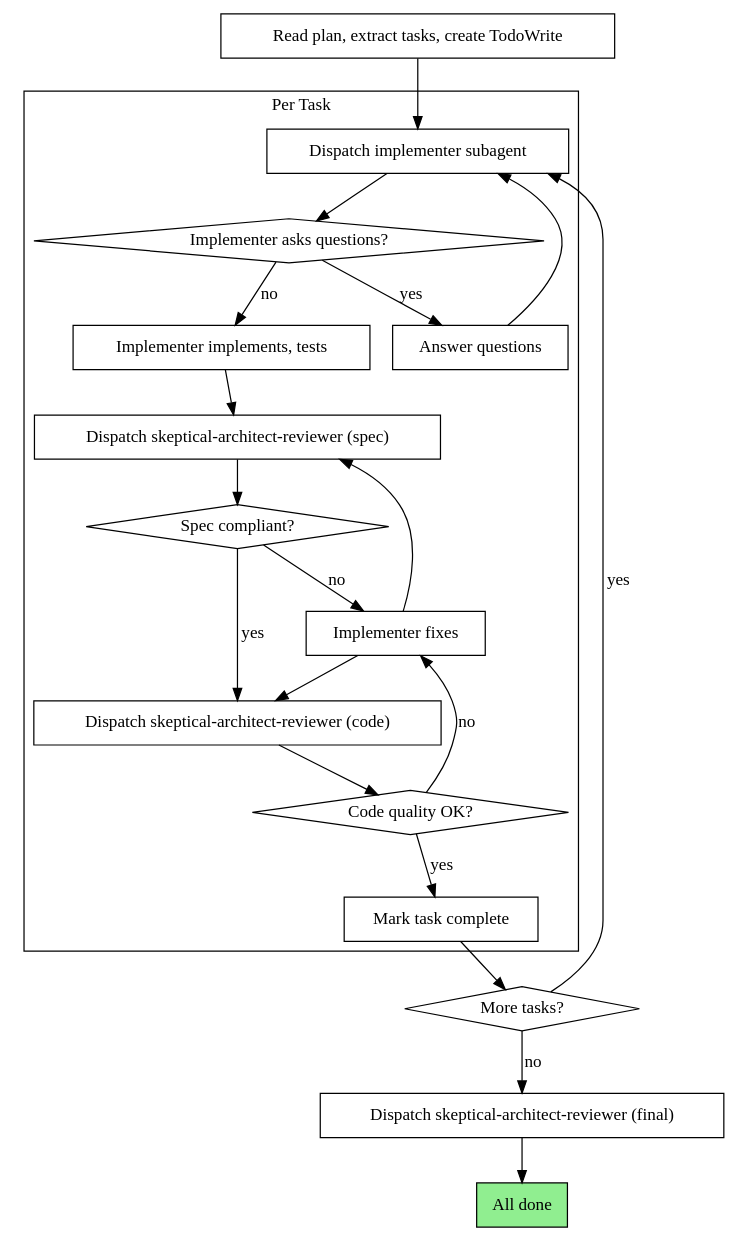
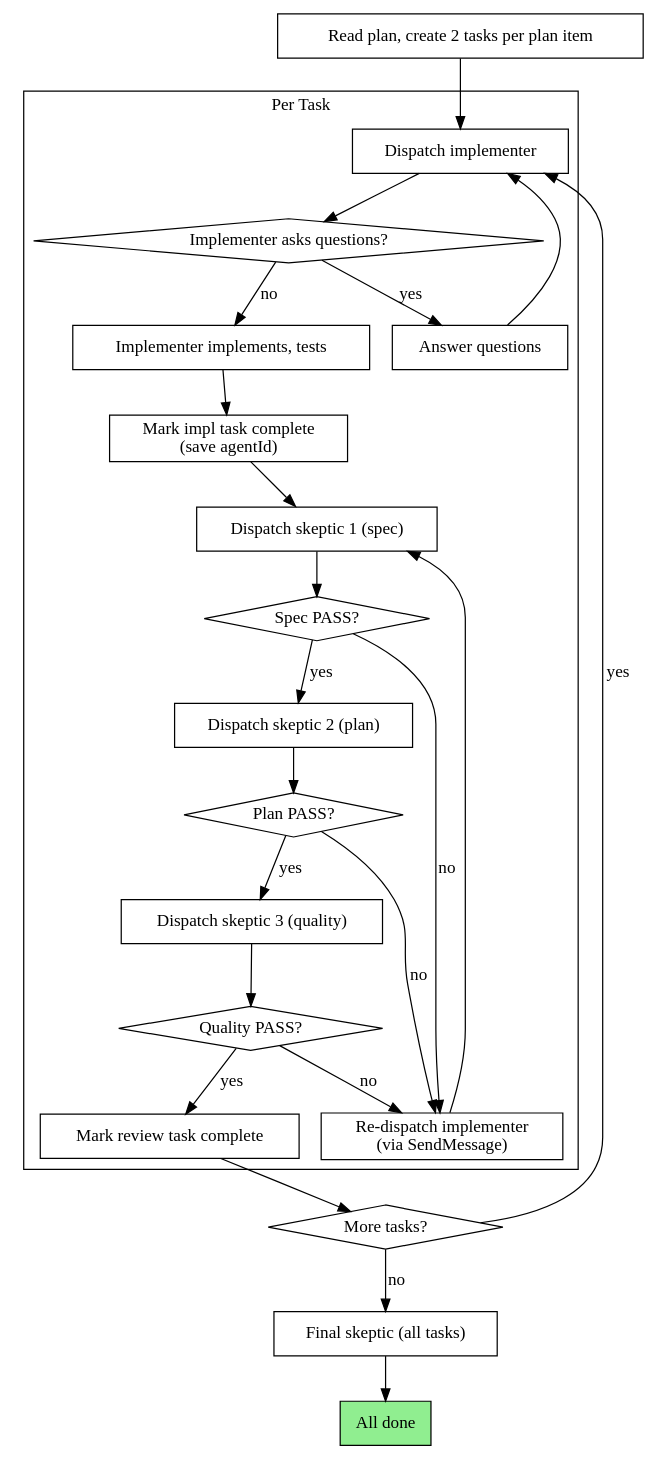
One commit to Sairef/superpowers changed the second of 2 diagrams in skills/subagent-driven-development/SKILL.md. Above: the diagram before and after it, drawn with Graphviz. The commit also changed other lines of this file and 2 other files, not shown here.

Commit message:
Bump plugin version to 5.0.16 and enhance subagent-driven-development SKILL with detailed task creation and review processes for improved clarity and compliance

````diff
--- a/skills/subagent-driven-development/SKILL.md
+++ b/skills/subagent-driven-development/SKILL.md
@@ -36,43 +85,56 @@
 ```dot
 digraph process {
     rankdir=TB;
 
     subgraph cluster_per_task {
         label="Per Task";
-        "Dispatch implementer subagent" [shape=box];
+        "Dispatch implementer" [shape=box];
         "Implementer asks questions?" [shape=diamond];
         "Answer questions" [shape=box];
         "Implementer implements, tests" [shape=box];
-        "Dispatch skeptical-architect-reviewer (spec)" [shape=box];
-        "Spec compliant?" [shape=diamond];
-        "Implementer fixes" [shape=box];
-        "Dispatch skeptical-architect-reviewer (code)" [shape=box];
-        "Code quality OK?" [shape=diamond];
-        "Mark task complete" [shape=box];
+        "Mark impl task complete\n(save agentId)" [shape=box];
+
+        "Dispatch skeptic 1 (spec)" [shape=box];
+        "Spec PASS?" [shape=diamond];
+        "Dispatch skeptic 2 (plan)" [shape=box];
+        "Plan PASS?" [shape=diamond];
+        "Dispatch skeptic 3 (quality)" [shape=box];
+        "Quality PASS?" [shape=diamond];
+
+        "Re-dispatch implementer\n(via SendMessage)" [shape=box];
+        "Mark review task complete" [shape=box];
     }
 
-    "Read plan, extract tasks, create TodoWrite" [shape=box];
+    "Read plan, create 2 tasks per plan item" [shape=box];
     "More tasks?" [shape=diamond];
-    "Dispatch skeptical-architect-reviewer (final)" [shape=box];
+    "Final skeptic (all tasks)" [shape=box];
     "All done" [shape=box style=filled fillcolor=lightgreen];
 
-    "Read plan, extract tasks, create TodoWrite" -> "Dispatch implementer subagent";
-    "Dispatch implementer subagent" -> "Implementer asks questions?";
+    "Read plan, create 2 tasks per plan item" -> "Dispatch implementer";
+    "Dispatch implementer" -> "Implementer asks questions?";
     "Implementer asks questions?" -> "Answer questions" [label="yes"];
-    "Answer questions" -> "Dispatch implementer subagent";
+    "Answer questions" -> "Dispatch implementer";
     "Implementer asks questions?" -> "Implementer implements, tests" [label="no"];
-    "Implementer implements, tests" -> "Dispatch skeptical-architect-reviewer (spec)";
-    "Dispatch skeptical-architect-reviewer (spec)" -> "Spec compliant?";
-    "Spec compliant?" -> "Implementer fixes" [label="no"];
-    "Implementer fixes" -> "Dispatch skeptical-architect-reviewer (spec)";
-    "Spec compliant?" -> "Dispatch skeptical-architect-reviewer (code)" [label="yes"];
-    "Dispatch skeptical-architect-reviewer (code)" -> "Code quality OK?";
-    "Code quality OK?" -> "Implementer fixes" [label="no"];
-    "Implementer fixes" -> "Dispatch skeptical-architect-reviewer (code)";
-    "Code quality OK?" -> "Mark task complete" [label="yes"];
-    "Mark task complete" -> "More tasks?";
-    "More tasks?" -> "Dispatch implementer subagent" [label="yes"];
-    "More tasks?" -> "Dispatch skeptical-architect-reviewer (final)" [label="no"];
-    "Dispatch skeptical-architect-reviewer (final)" -> "All done";
+    "Implementer implements, tests" -> "Mark impl task complete\n(save agentId)";
+
+    "Mark impl task complete\n(save agentId)" -> "Dispatch skeptic 1 (spec)";
+    "Dispatch skeptic 1 (spec)" -> "Spec PASS?";
+    "Spec PASS?" -> "Re-dispatch implementer\n(via SendMessage)" [label="no"];
+    "Spec PASS?" -> "Dispatch skeptic 2 (plan)" [label="yes"];
+
+    "Dispatch skeptic 2 (plan)" -> "Plan PASS?";
+    "Plan PASS?" -> "Re-dispatch implementer\n(via SendMessage)" [label="no"];
+    "Plan PASS?" -> "Dispatch skeptic 3 (quality)" [label="yes"];
+
+    "Dispatch skeptic 3 (quality)" -> "Quality PASS?";
+    "Quality PASS?" -> "Re-dispatch implementer\n(via SendMessage)" [label="no"];
+    "Quality PASS?" -> "Mark review task complete" [label="yes"];
+
+    "Re-dispatch implementer\n(via SendMessage)" -> "Dispatch skeptic 1 (spec)";
+
+    "Mark review task complete" -> "More tasks?";
+    "More tasks?" -> "Dispatch implementer" [label="yes"];
+    "More tasks?" -> "Final skeptic (all tasks)" [label="no"];
+    "Final skeptic (all tasks)" -> "All done";
 }
 ```
````
